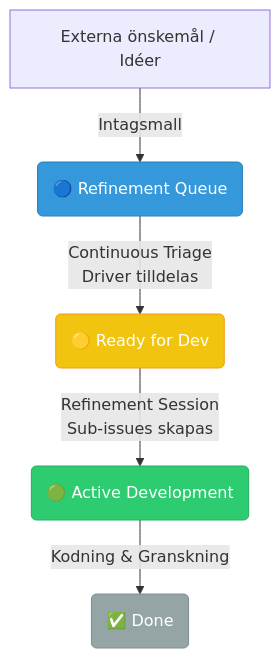
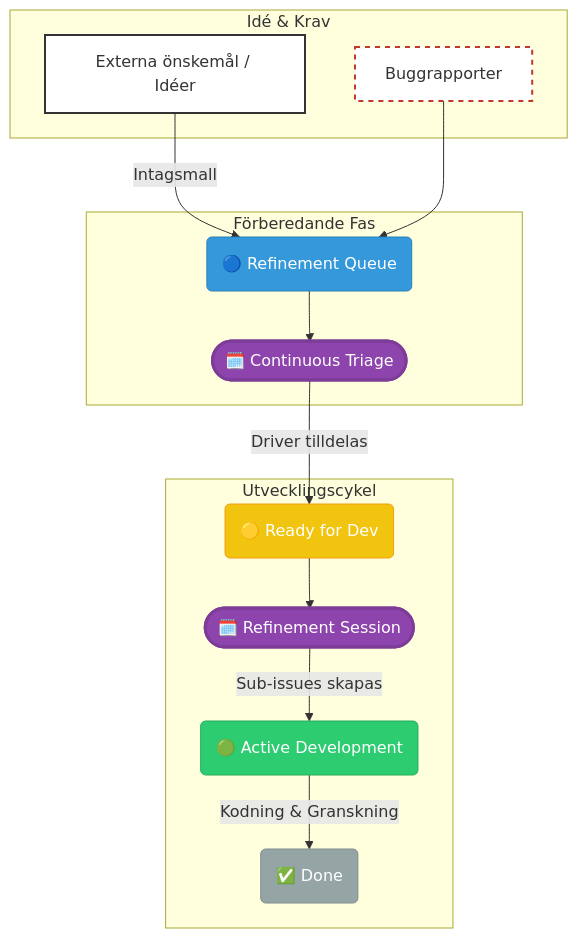
Before and after one commit to stefanbackelin/dab: the first of 4 diagrams in dab_sv.md, drawn with Mermaid.

Commit message:
docs: refine graphs

````diff
--- a/dab_sv.md
+++ b/dab_sv.md
@@ -68,14 +68,31 @@
 ```mermaid
+graph TD
+    subgraph "Idé & Krav"
+        A[Externa önskemål / Idéer]
+        F[Buggrapporter]
+    end
 
-graph TD
-    A[Externa önskemål / Idéer] -->|Intagsmall| B(🔵 Refinement Queue)
-    B -->|Continuous Triage<br>Driver tilldelas| C(🟡 Ready for Dev)
-    C -->|Refinement Session<br>Sub-issues skapas| D(🟢 Active Development)
-    D -->|Kodning & Granskning| E(✅ Done)
+    subgraph "Förberedande Fas"
+        A -->|Intagsmall| B(🔵 Refinement Queue)
+        F --> B
+        B --> M1([🗓️ Continuous Triage])
+    end
+
+    subgraph "Utvecklingscykel"
+        M1 -->|Driver tilldelas| C(🟡 Ready for Dev)
+        C --> M2([🗓️ Refinement Session])
+        M2 -->|Sub-issues skapas| D(🟢 Active Development)
+        D -->|Kodning & Granskning| E(✅ Done)
+    end
+
+    style A fill:#fff,stroke:#333,stroke-width:2px,color:#333
+    style F fill:#fff,stroke:#c0392b,stroke-width:2px,stroke-dasharray: 5 5,color:#333
     
     style B fill:#3498db,stroke:#2980b9,color:#fff
     style C fill:#f1c40f,stroke:#f39c12,color:#fff
     style D fill:#2ecc71,stroke:#27ae60,color:#fff
     style E fill:#95a5a6,stroke:#7f8c8d,color:#fff
 
+    style M1 fill:#8e44ad,stroke:#7d3c98,color:#fff,stroke-width:3px
+    style M2 fill:#8e44ad,stroke:#7d3c98,color:#fff,stroke-width:3px
 ```
````
